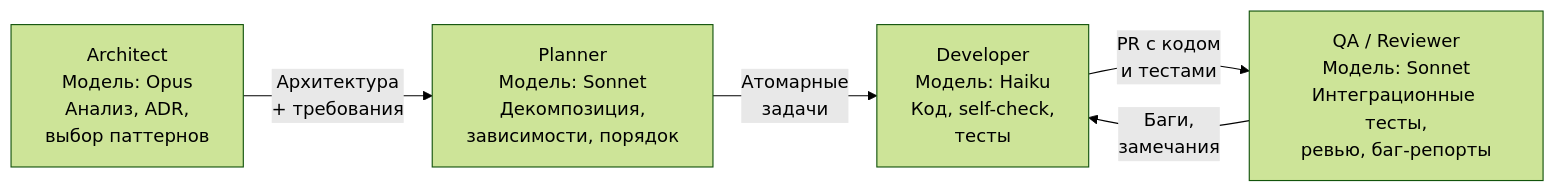
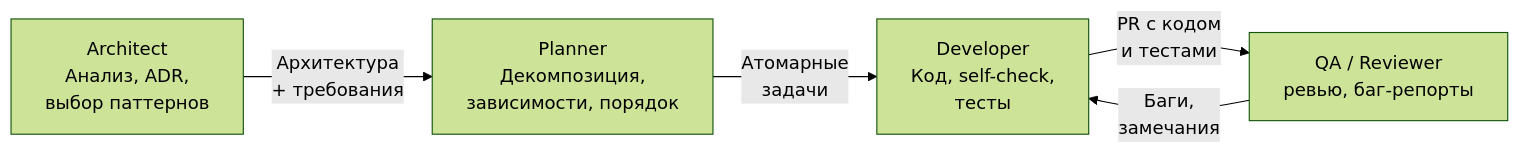
One commit to maddevsio/ai-adoption-course changed the diagram in course/module-7-orchestration/diagrams/role-model.md. Above: the diagram before and after it, drawn with Mermaid (forest theme). The commit also changed 14 other files, not shown here.

````diff
--- a/course/module-7-orchestration/diagrams/role-model.md
+++ b/course/module-7-orchestration/diagrams/role-model.md
@@ -5,12 +5,12 @@
 ```mermaid
 flowchart LR
-    Arch["Architect\nМодель: Opus\nАнализ, ADR,\nвыбор паттернов"]
-    Plan["Planner\nМодель: Sonnet\nДекомпозиция,\nзависимости, порядок"]
-    Dev["Developer\nМодель: Haiku\nКод, self-check,\nтесты"]
-    QA["QA / Reviewer\nМодель: Sonnet\nИнтеграционные тесты,\nревью, баг-репорты"]
+    Arch["Architect\nАнализ, ADR,\nвыбор паттернов"]
+    Plan["Planner\nДекомпозиция,\nзависимости, порядок"]
+    Dev["Developer\nКод, self-check,\nтесты"]
+    QA["QA / Reviewer\nревью, баг-репорты"]
 
     Arch -->|"Архитектура\n+ требования"| Plan
     Plan -->|"Атомарные\nзадачи"| Dev
     Dev -->|"PR с кодом\nи тестами"| QA
     QA -->|"Баги,\nзамечания"| Dev
 ```
````
